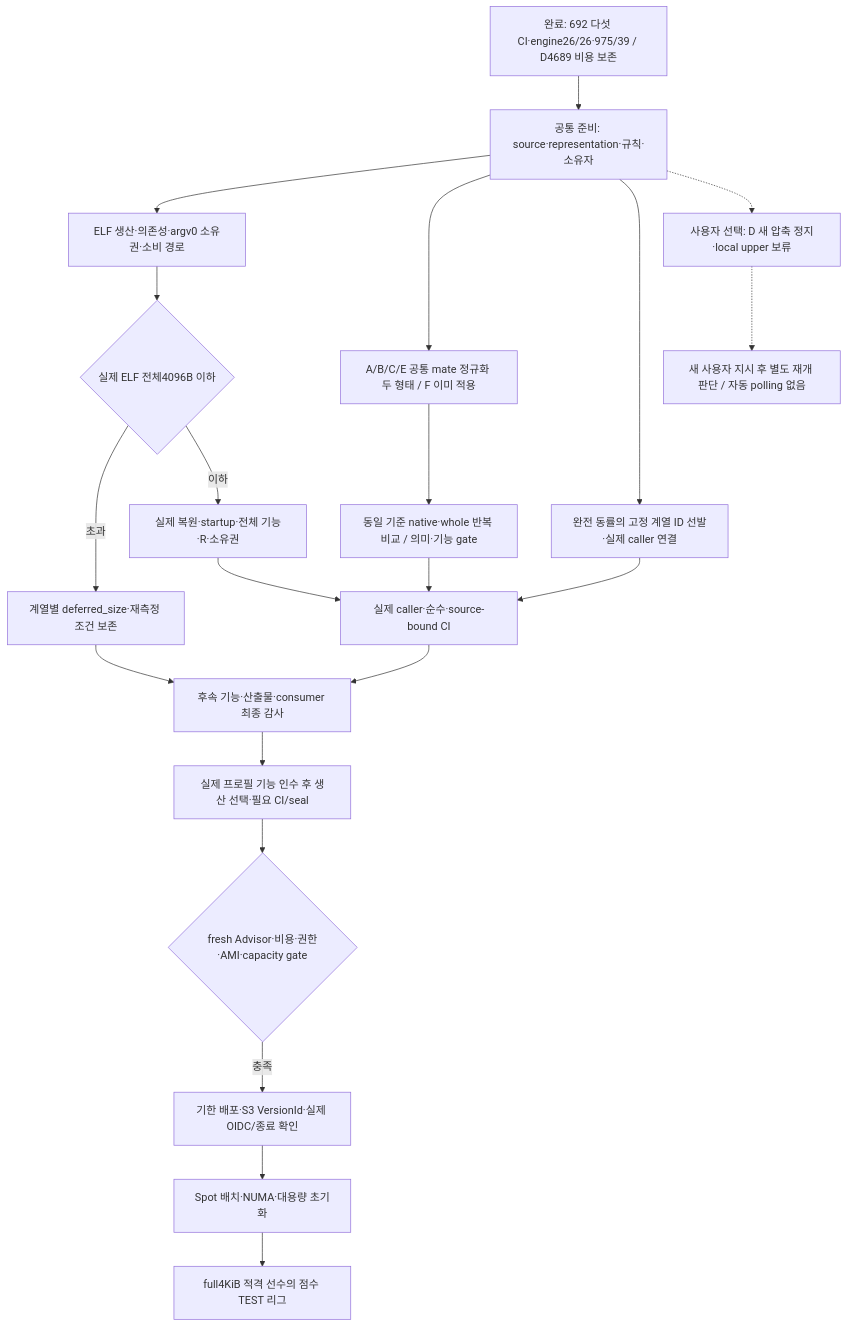
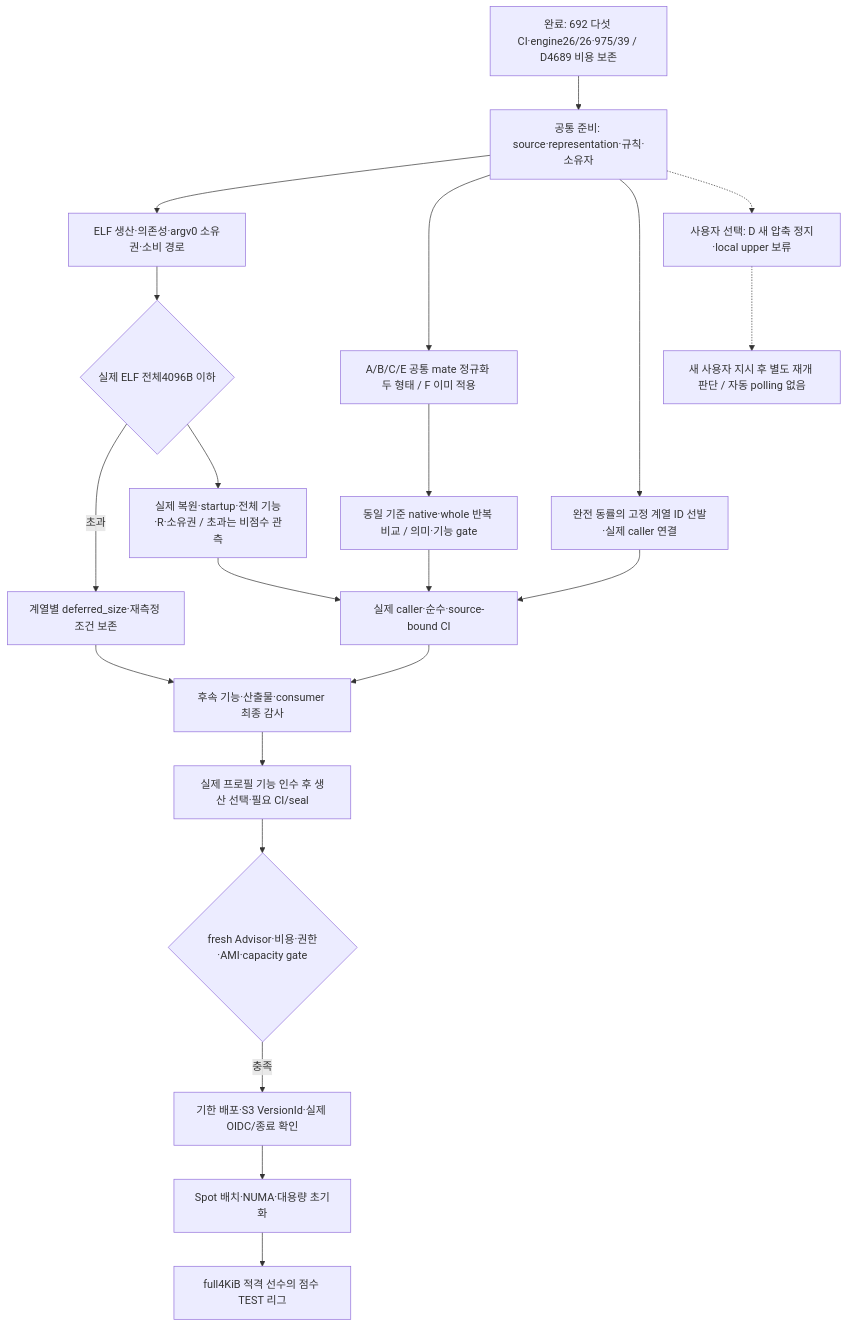
Before and after one commit to daejunnom/Rove4k: the fourth of 4 diagrams in docs/ENGINE-PLAN.ko.md, drawn with Mermaid. The commit also changed other lines of this file and 13 other files, not shown here.

```diff
--- a/docs/ENGINE-PLAN.ko.md
+++ b/docs/ENGINE-PLAN.ko.md
@@ -710,23 +710,23 @@
 ~~~mermaid
 flowchart TD
   DONE[완료: 692 다섯 CI·engine26/26·975/39 / D4689 비용 보존] --> PREP[공통 준비: source·representation·규칙·소유자]
   PREP --> ELF[ELF 생산·의존성·argv0 소유권·소비 경로]
   PREP --> MATE[A/B/C/E 공통 mate 정규화 두 형태 / F 이미 적용]
   PREP --> LEAGUEFIX[완전 동률의 고정 계열 ID 선발·실제 caller 연결]
   ELF --> SIZE{실제 ELF 전체4096B 이하}
   SIZE -->|초과| DEFER[계열별 deferred_size·재측정 조건 보존]
-  SIZE -->|이하| ELFR[실제 복원·startup·전체 기능·R·소유권]
+  SIZE --> ELFR[실제 복원·startup·전체 기능·R·소유권 / 초과는 비점수 관측]
   MATE --> COST[동일 기준 native·whole 반복 비교 / 의미·기능 gate]
   LEAGUEFIX --> CI[실제 caller·순수·source-bound CI]
   COST --> CI
   ELFR --> CI
   DEFER --> NEXTAUDIT[후속 기능·산출물·consumer 최종 감사]
   CI --> NEXTAUDIT
   PREP -.-> DHOLD[사용자 선택: D 새 압축 정지·local upper 보류]
   DHOLD -.-> RESUME[새 사용자 지시 후 별도 재개 판단 / 자동 polling 없음]
   NEXTAUDIT --> SELECT[실제 프로필 기능 인수 후 생산 선택·필요 CI/seal]
   SELECT --> GATE{fresh Advisor·비용·권한·AMI·capacity gate}
   GATE -->|충족| LIVE[기한 배포·S3 VersionId·실제 OIDC/종료 확인]
   LIVE --> NUMA[Spot 배치·NUMA·대용량 초기화]
   NUMA --> LEAGUE[full4KiB 적격 선수의 점수 TEST 리그]
 ~~~
```
